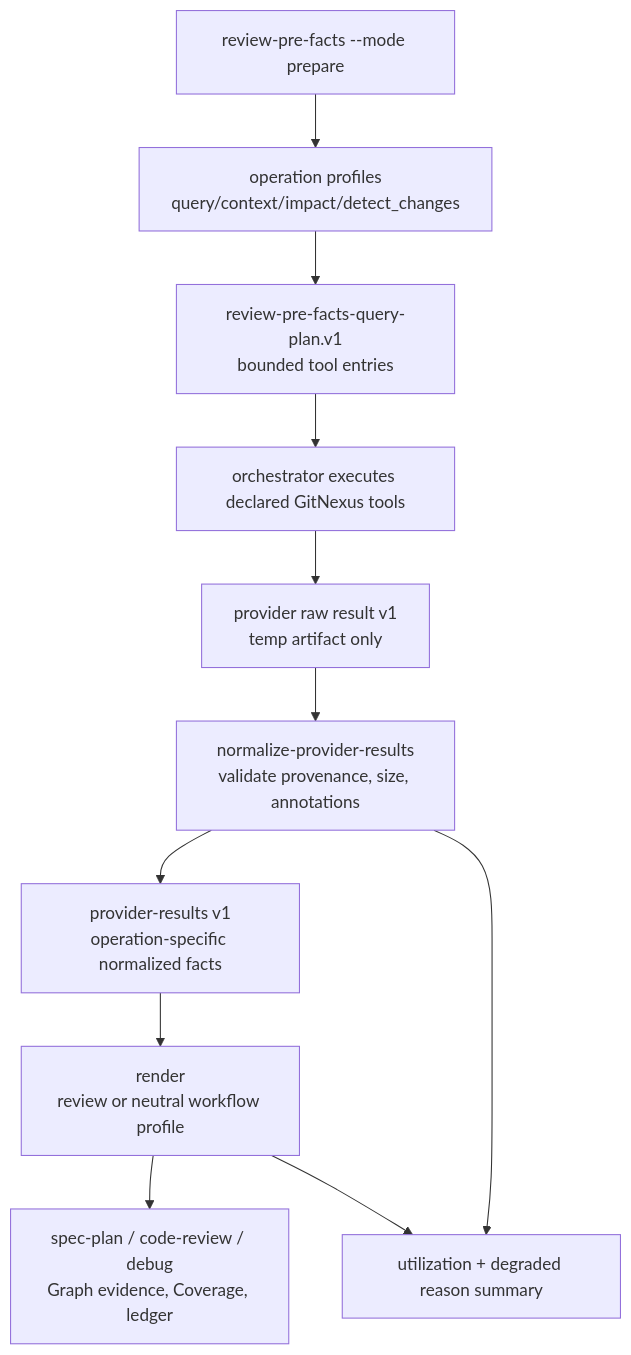
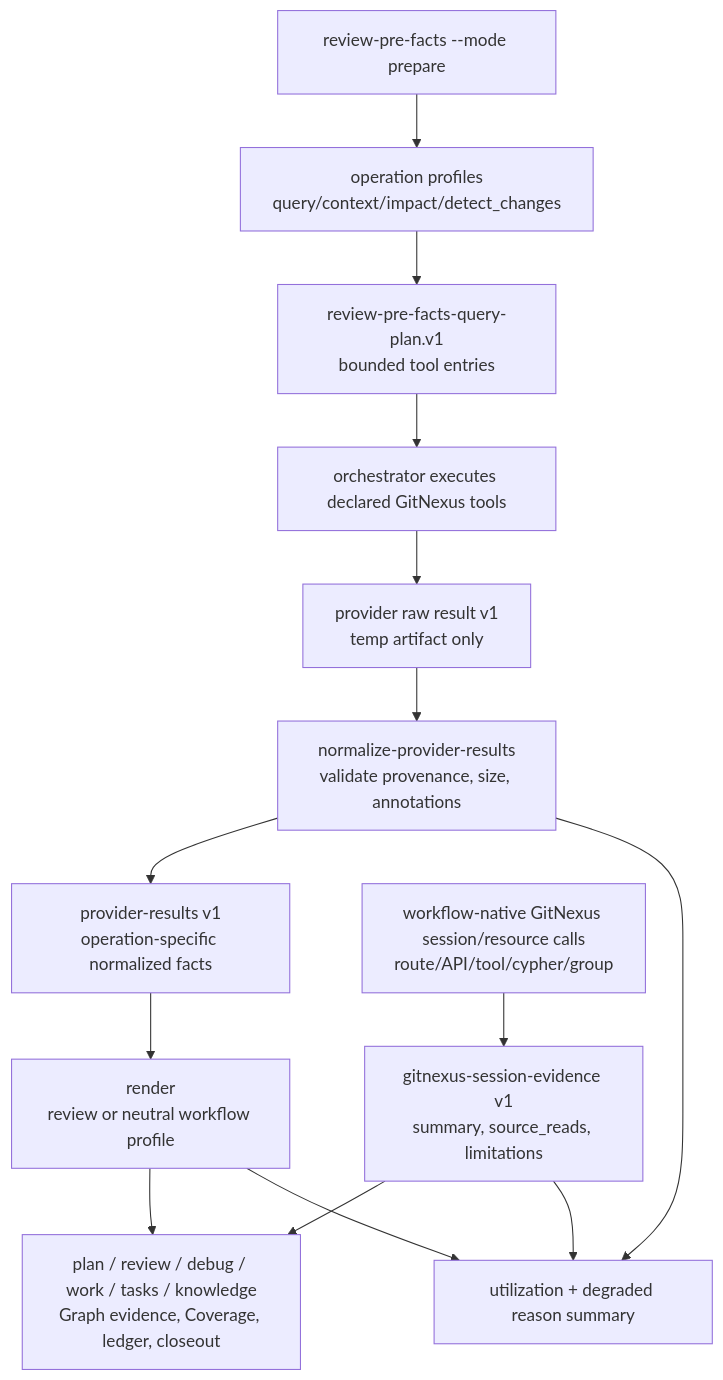
One commit to ajiao7240/spec-first changed the diagram in docs/plans/2026-05-27-001-feat-gitnexus-bounded-pre-facts-plan.md. Above: the diagram before and after it, drawn with Mermaid. The commit also changed other lines of this file and 20 other files, not shown here.

First line of the commit message:
feat(init,gitnexus): Trellis 风格宿主多选与 GitNexus Harness 集成收束

````diff
--- a/docs/plans/2026-05-27-001-feat-gitnexus-bounded-pre-facts-plan.md
+++ b/docs/plans/2026-05-27-001-feat-gitnexus-bounded-pre-facts-plan.md
@@ -181,17 +188,21 @@
 ```mermaid
 flowchart TB
   Prepare["review-pre-facts --mode prepare"]
   Profiles["operation profiles\nquery/context/impact/detect_changes"]
   Plan["review-pre-facts-query-plan.v1\nbounded tool entries"]
   LiveMcp["orchestrator executes declared GitNexus tools"]
   Raw["provider raw result v1\ntemp artifact only"]
   Normalize["normalize-provider-results\nvalidate provenance, size, annotations"]
   Results["provider-results v1\noperation-specific normalized facts"]
   Render["render\nreview or neutral workflow profile"]
-  Consumers["spec-plan / code-review / debug\nGraph evidence, Coverage, ledger"]
+  Session["workflow-native GitNexus session/resource calls\nroute/API/tool/cypher/group"]
+  Envelope["gitnexus-session-evidence v1\nsummary, source_reads, limitations"]
+  Consumers["plan / review / debug / work / tasks / knowledge\nGraph evidence, Coverage, ledger, closeout"]
   Metrics["utilization + degraded reason summary"]
 
   Prepare --> Profiles --> Plan --> LiveMcp --> Raw --> Normalize --> Results --> Render --> Consumers
+  Session --> Envelope --> Consumers
   Normalize --> Metrics
   Render --> Metrics
+  Envelope --> Metrics
 ```
````
